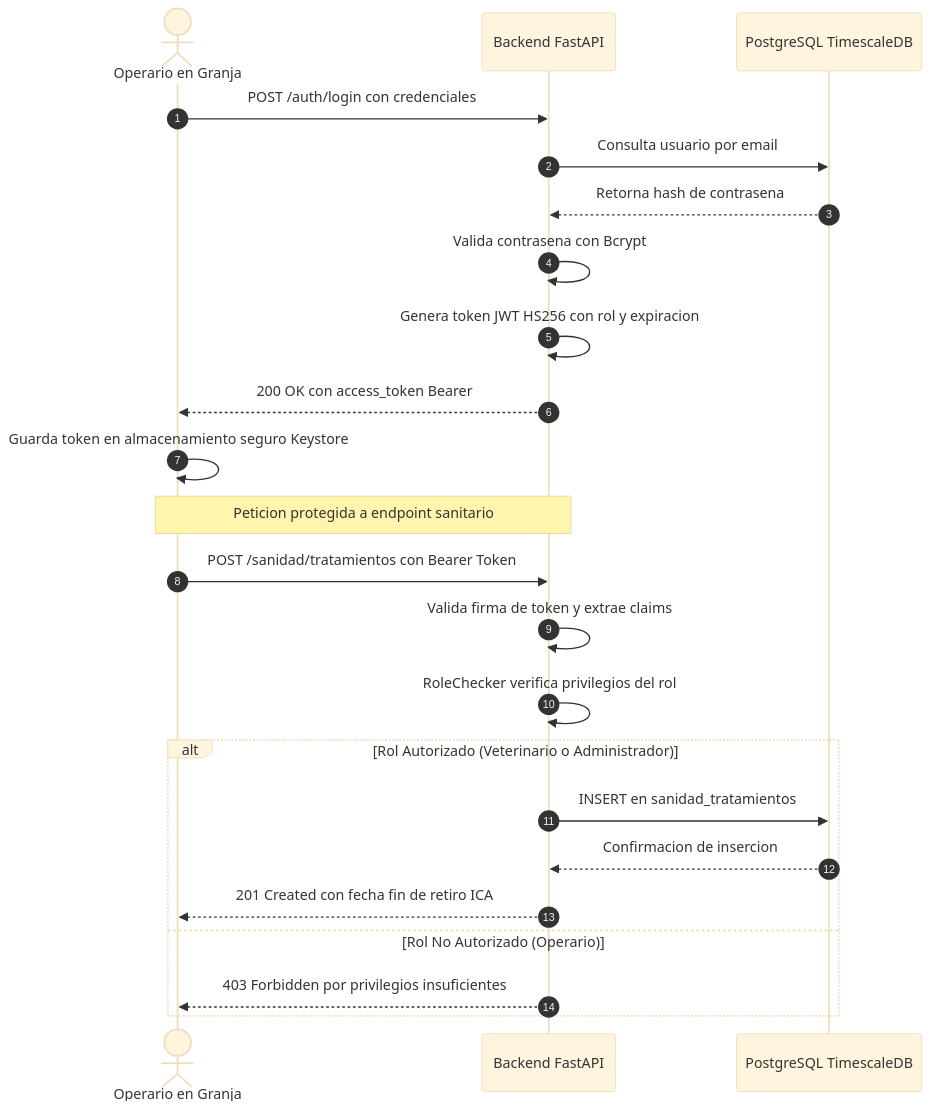
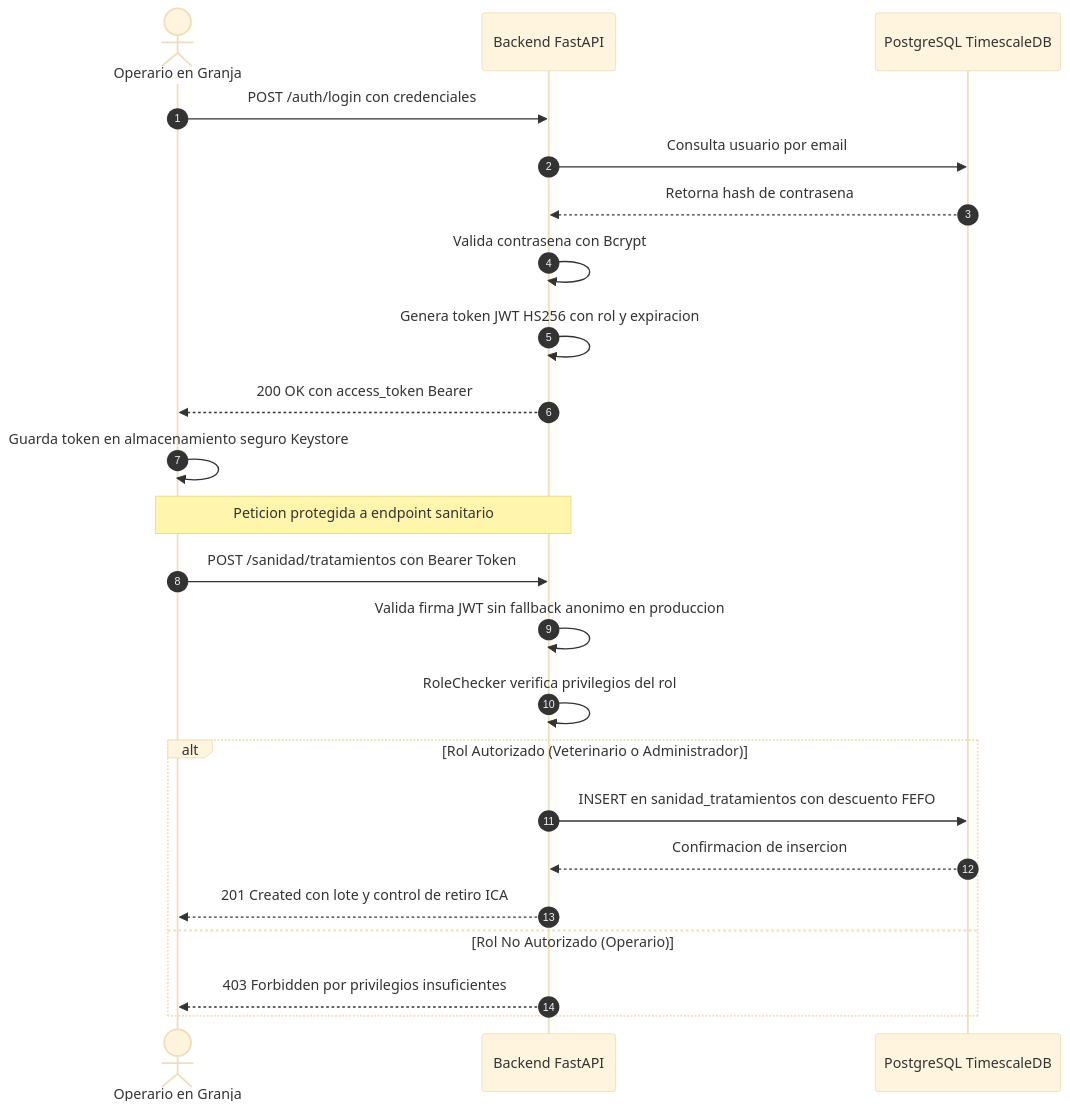
The sixth of 8 diagrams in MANUAL_DISENO_TECNICO.md (DevAvirama/CODIGO_FUENTE_PORCITECH), drawn with Mermaid (base theme) before and after one commit. The commit also changed other lines of this file and 1 other file, not shown here.

````diff
--- a/MANUAL_DISENO_TECNICO.md
+++ b/MANUAL_DISENO_TECNICO.md
@@ -780,27 +695,27 @@
 ```mermaid
 sequenceDiagram
     autonumber
     actor Operario as Operario en Granja
     participant API as Backend FastAPI
     participant DB as PostgreSQL TimescaleDB
 
     Operario->>API: POST /auth/login con credenciales
     API->>DB: Consulta usuario por email
     DB-->>API: Retorna hash de contrasena
     API->>API: Valida contrasena con Bcrypt
     API->>API: Genera token JWT HS256 con rol y expiracion
     API-->>Operario: 200 OK con access_token Bearer
     Operario->>Operario: Guarda token en almacenamiento seguro Keystore
 
     Note over Operario,API: Peticion protegida a endpoint sanitario
     Operario->>API: POST /sanidad/tratamientos con Bearer Token
-    API->>API: Valida firma de token y extrae claims
+    API->>API: Valida firma JWT sin fallback anonimo en produccion
     API->>API: RoleChecker verifica privilegios del rol
     alt Rol Autorizado (Veterinario o Administrador)
-        API->>DB: INSERT en sanidad_tratamientos
+        API->>DB: INSERT en sanidad_tratamientos con descuento FEFO
         DB-->>API: Confirmacion de insercion
-        API-->>Operario: 201 Created con fecha fin de retiro ICA
+        API-->>Operario: 201 Created con lote y control de retiro ICA
     else Rol No Autorizado (Operario)
         API-->>Operario: 403 Forbidden por privilegios insuficientes
     end
 ```
````
